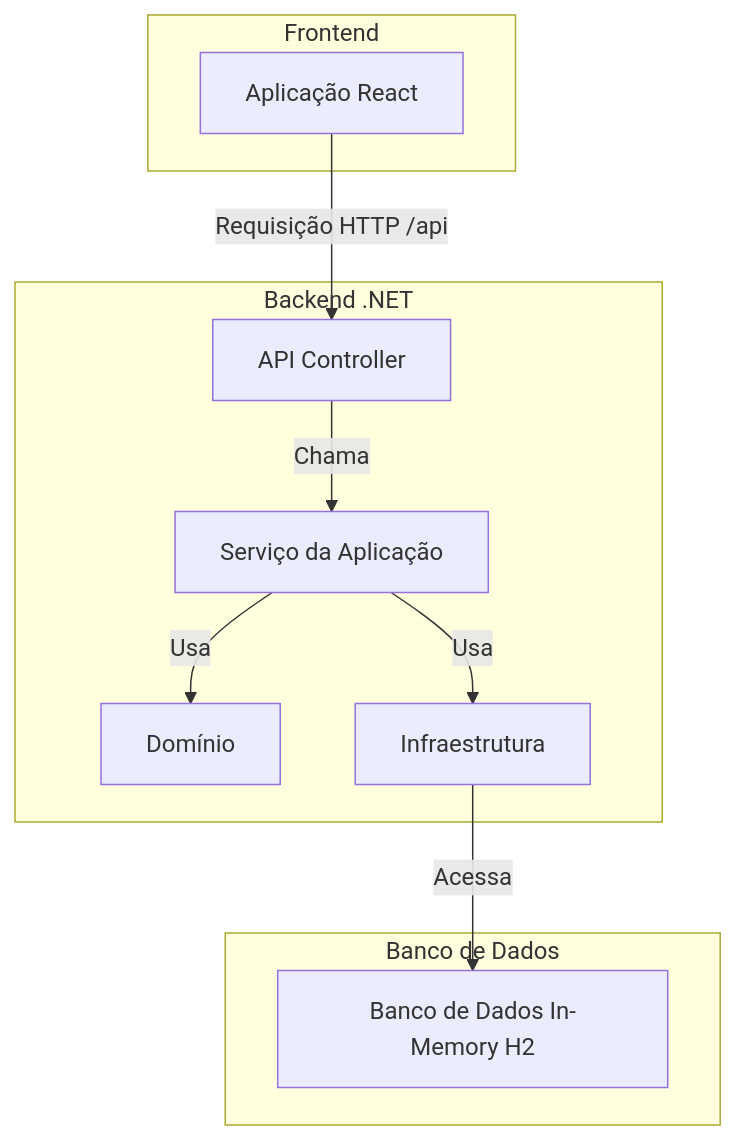
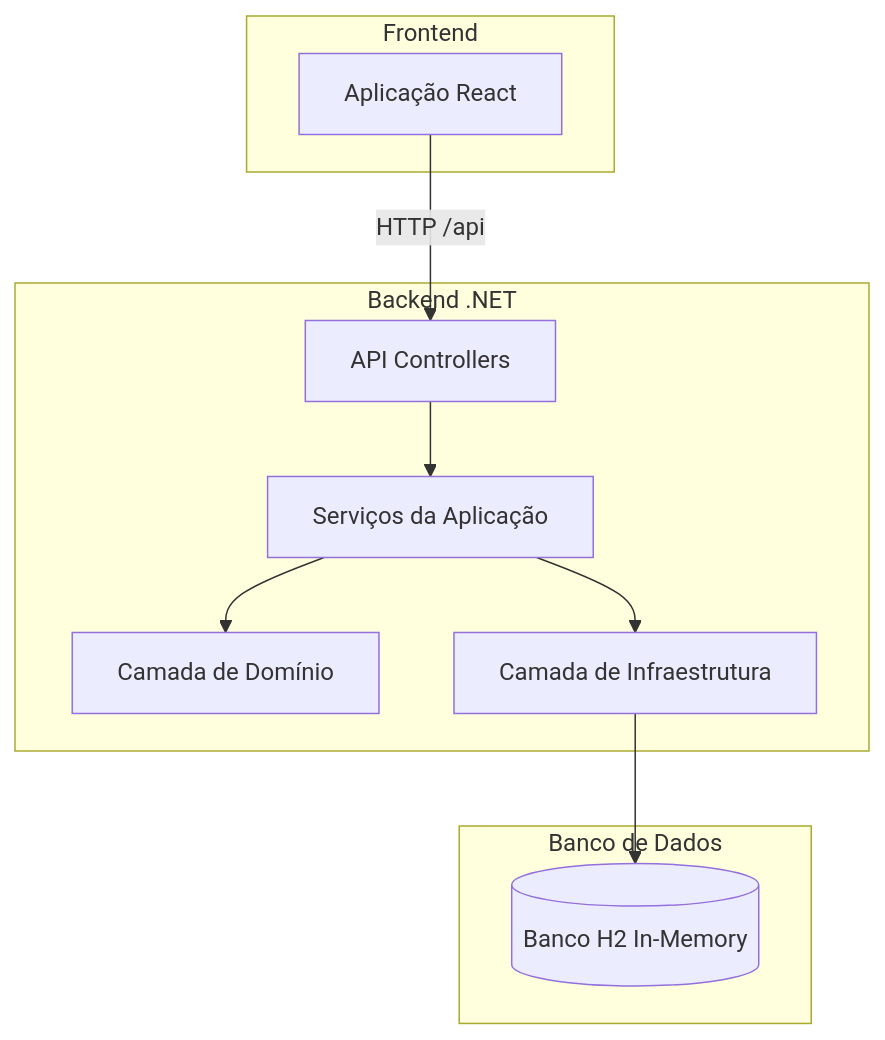
One commit to jailtoncruz/stefanini-dotnet-react changed the diagram in README.md. Above: the diagram before and after it, drawn with Mermaid. The commit also changed other lines of this file and 7 other files, not shown here.

````diff
--- a/README.md
+++ b/README.md
@@ -27,23 +33,23 @@
 ```mermaid
 graph TD
     subgraph Frontend
         A[Aplicação React]
     end
 
     subgraph Backend .NET
-        B[API Controller]
-        C[Serviço da Aplicação]
-        D[Domínio]
-        E[Infraestrutura]
+        B[API Controllers]
+        C[Serviços da Aplicação]
+        D[Camada de Domínio]
+        E[Camada de Infraestrutura]
     end
 
     subgraph Banco de Dados
-        F[Banco de Dados In-Memory H2]
+        F[(Banco H2 In-Memory)]
     end
 
-    A -- Requisição HTTP /api --> B
-    B -- Chama --> C
-    C -- Usa --> D
-    C -- Usa --> E
-    E -- Acessa --> F
+    A -- HTTP /api --> B
+    B --> C
+    C --> D
+    C --> E
+    E --> F
 ```
````
